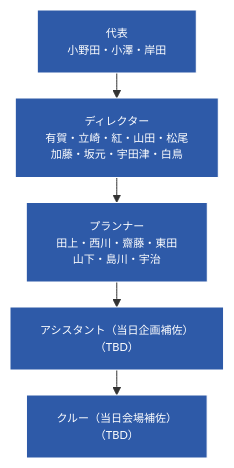
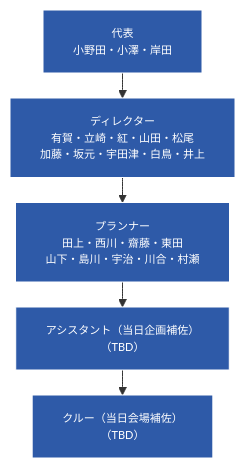
The first of 3 diagrams in spikes-org-chart.md (liofval/spikes_hr), drawn with Mermaid before and after one commit. The commit also changed other lines of this file and 1 other file, not shown here.

Commit message:
組織図: メンバー3名追加（井上颯・川合正宗・村瀬智哉）

````diff
--- a/spikes-org-chart.md
+++ b/spikes-org-chart.md
@@ -9,13 +9,13 @@
 ```mermaid
 %%{init: {'flowchart': {'nodeSpacing': 20, 'rankSpacing': 25}, 'themeVariables': {'fontSize': '11px'}}}%%
 graph TD
     R["代表<br/>小野田・小澤・岸田"]
-    D["ディレクター<br/>有賀・立崎・紅・山田・松尾<br/>加藤・坂元・宇田津・白鳥"]
-    P["プランナー<br/>田上・西川・齋藤・東田<br/>山下・島川・宇治"]
+    D["ディレクター<br/>有賀・立崎・紅・山田・松尾<br/>加藤・坂元・宇田津・白鳥・井上"]
+    P["プランナー<br/>田上・西川・齋藤・東田<br/>山下・島川・宇治・川合・村瀬"]
     A["アシスタント（当日企画補佐）<br/>（TBD）"]
     C["クルー（当日会場補佐）<br/>（TBD）"]
     R --> D --> P --> A --> C
 
     classDef role fill:#2e5aa8,stroke:#fff,color:#fff;
     class R,D,P,A,C role;
 ```
````
